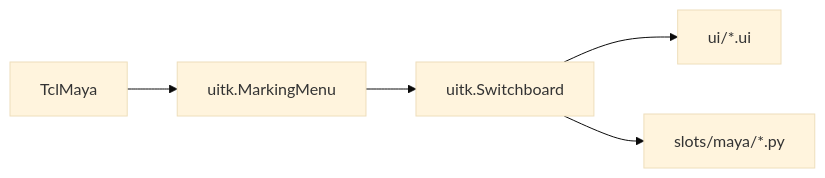
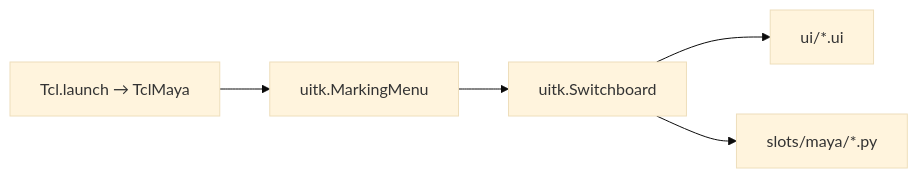
The diagram in docs/README.md (m3trik/tentacle), drawn with Mermaid (base theme) before and after one commit. The commit also changed other lines of this file and 24 other files, not shown here.

````diff
--- a/docs/README.md
+++ b/docs/README.md
@@ -81,7 +75,7 @@
 ```mermaid
 flowchart LR
-    A[TclMaya] --> B[uitk.MarkingMenu]
+    A[Tcl.launch → TclMaya] --> B[uitk.MarkingMenu]
     B --> C[uitk.Switchboard]
     C --> D[ui/*.ui]
     C --> E[slots/maya/*.py]
 ```
````
